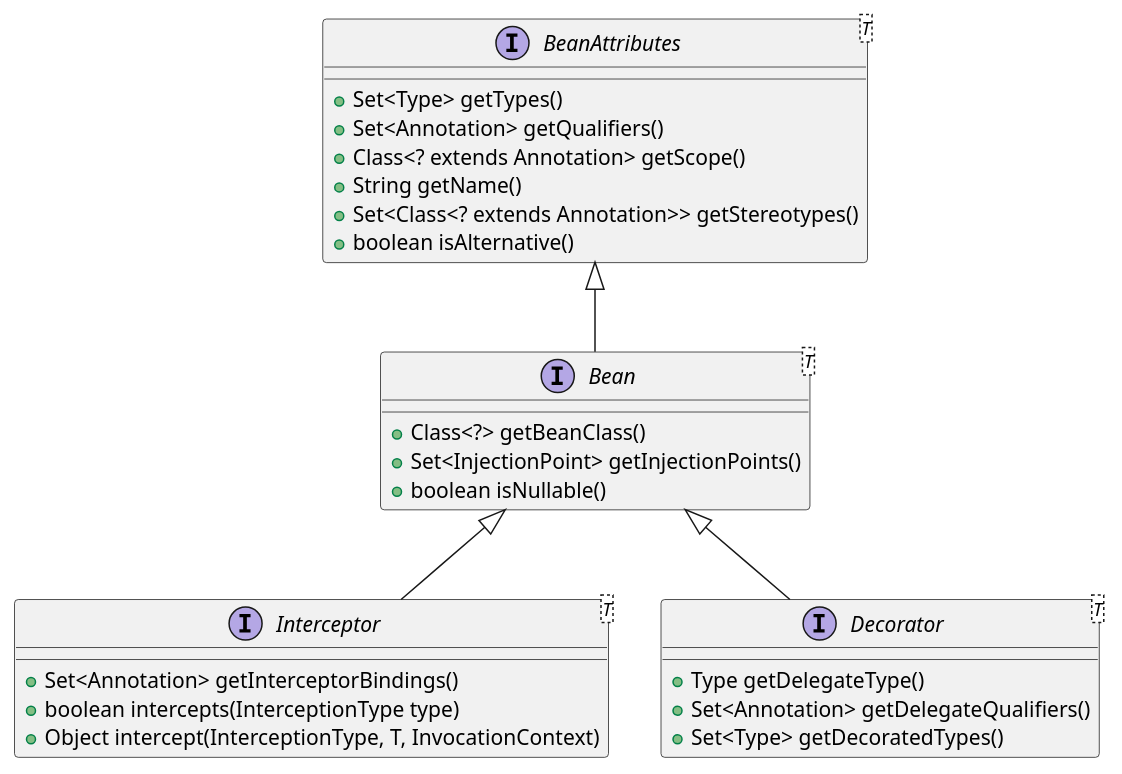
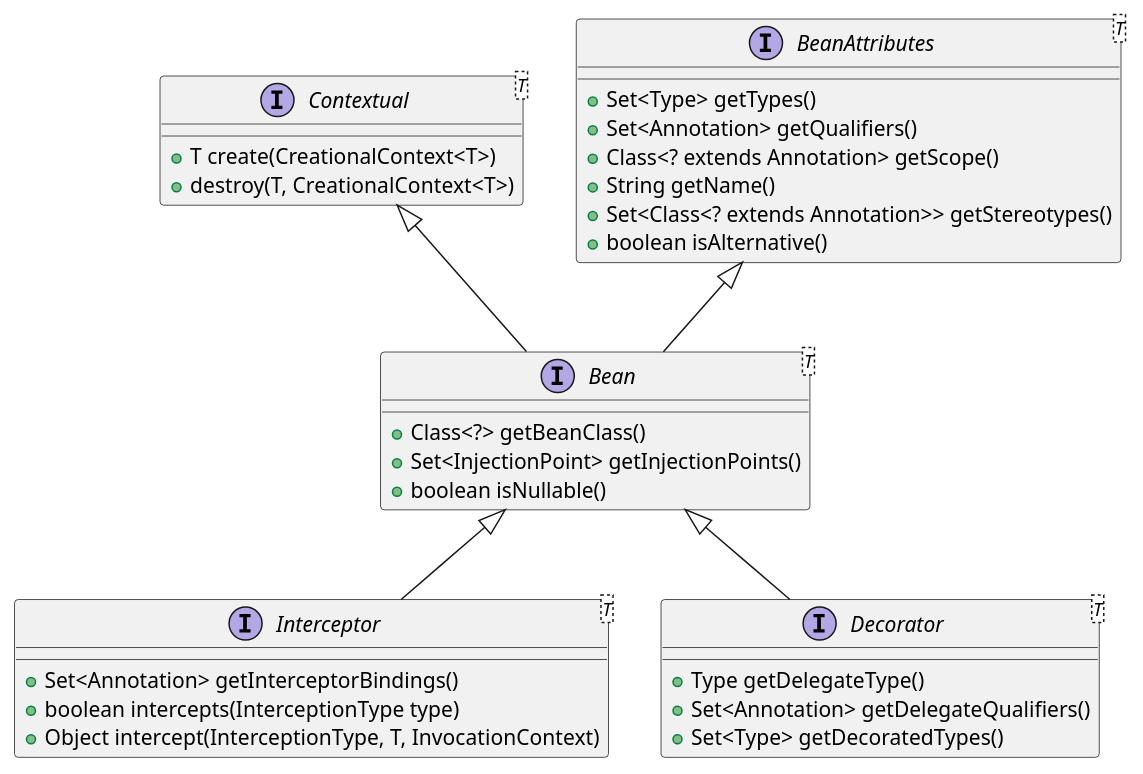
Before and after one commit to antoinesd/antoinesd.github.io: the first of 2 diagrams in 2015-11-20-how-to-recognize-different-types-of-cdi-beans.adoc, drawn with PlantUML. The commit also changed other lines of this file and 1 other file, not shown here.

```diff
--- a/2015-11-20-how-to-recognize-different-types-of-cdi-beans.adoc
+++ b/2015-11-20-how-to-recognize-different-types-of-cdi-beans.adoc
@@ -49,45 +54,47 @@
 [plantuml, bean-hierarchy, svg]
 ....
 @startuml
 
-skinparam shadowing false
-skinparam defaultFontName Consolas
-
+Contextual <|-- Bean
 BeanAttributes <|-- Bean
 Bean <|-- Interceptor
 Bean <|-- Decorator
 
 
+interface Contextual<T> {
+    +T create(CreationalContext<T>)
+    +destroy(T, CreationalContext<T>)
+}
 
 interface BeanAttributes<T> {
     +Set<Type> getTypes()
     +Set<Annotation> getQualifiers()
     +Class<? extends Annotation> getScope()
     +String getName()
     +Set<Class<? extends Annotation>> getStereotypes()
     +boolean isAlternative()
 }
 
 
 interface Bean<T> {
     +Class<?> getBeanClass()
     +Set<InjectionPoint> getInjectionPoints()
     +boolean isNullable()
 }
 
 
 interface Interceptor<T> {
     +Set<Annotation> getInterceptorBindings()
     +boolean intercepts(InterceptionType type)
     +Object intercept(InterceptionType, T, InvocationContext)
 }
 
 interface Decorator<T> {
     +Type getDelegateType()
     +Set<Annotation> getDelegateQualifiers()
     +Set<Type> getDecoratedTypes()
 }
 
 
 @enduml
 ....
```
